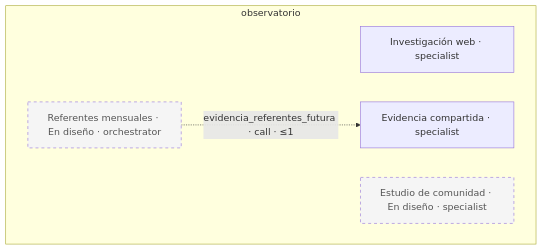
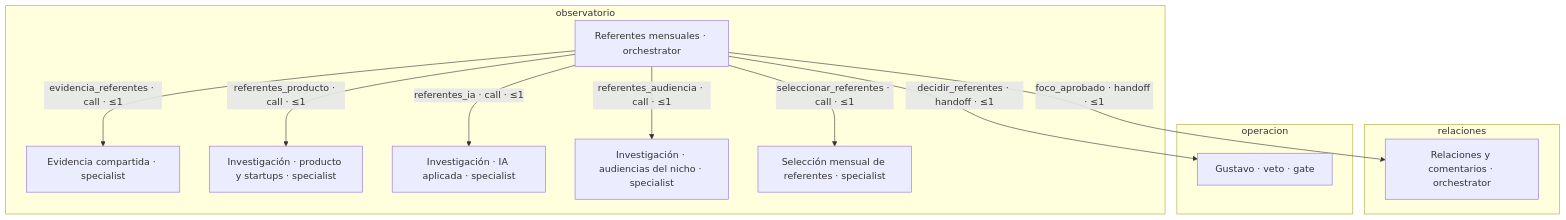
Before and after one commit to gustavop-dev/barrio-ai: the tenth of 14 diagrams in docs/arquitectura/grafo.md, drawn with Mermaid. The commit also changed other lines of this file and 56 other files, not shown here.

First line of the commit message:
feat(observatorio): fase 5 — revisión mensual de referentes, intercambios y experimentos

````diff
--- a/docs/arquitectura/grafo.md
+++ b/docs/arquitectura/grafo.md
@@ -372,13 +388,25 @@
 ```mermaid
 flowchart TD
   classDef planned stroke-dasharray: 5 5,fill:#f5f5f5,color:#555;
+  subgraph grupo_relaciones["relaciones"]
+    relaciones_comunidad["Relaciones y comentarios · orchestrator"]
+  end
+  subgraph grupo_operacion["operacion"]
+    gustavo["Gustavo · veto · gate"]
+  end
   subgraph grupo_observatorio["observatorio"]
-    investigacion_web["Investigación web · specialist"]
-    investigador_lider["Referentes mensuales · En diseño · orchestrator"]
-    class investigador_lider planned;
-    estudio_comunidad["Estudio de comunidad · En diseño · specialist"]
-    class estudio_comunidad planned;
+    investigador_lider["Referentes mensuales · orchestrator"]
     evidencia_compartida["Evidencia compartida · specialist"]
+    investigador_producto["Investigación · producto y startups · specialist"]
+    investigador_ia["Investigación · IA aplicada · specialist"]
+    investigador_audiencia["Investigación · audiencias del nicho · specialist"]
+    seleccion_referentes["Selección mensual de referentes · specialist"]
   end
-  investigador_lider -.->|"evidencia_referentes_futura · call · ≤1"| evidencia_compartida
+  investigador_lider -->|"evidencia_referentes · call · ≤1"| evidencia_compartida
+  investigador_lider -->|"referentes_producto · call · ≤1"| investigador_producto
+  investigador_lider -->|"referentes_ia · call · ≤1"| investigador_ia
+  investigador_lider -->|"referentes_audiencia · call · ≤1"| investigador_audiencia
+  investigador_lider -->|"seleccionar_referentes · call · ≤1"| seleccion_referentes
+  investigador_lider -->|"decidir_referentes · handoff · ≤1"| gustavo
+  investigador_lider -->|"foco_aprobado · handoff · ≤1"| relaciones_comunidad
 ```
````
